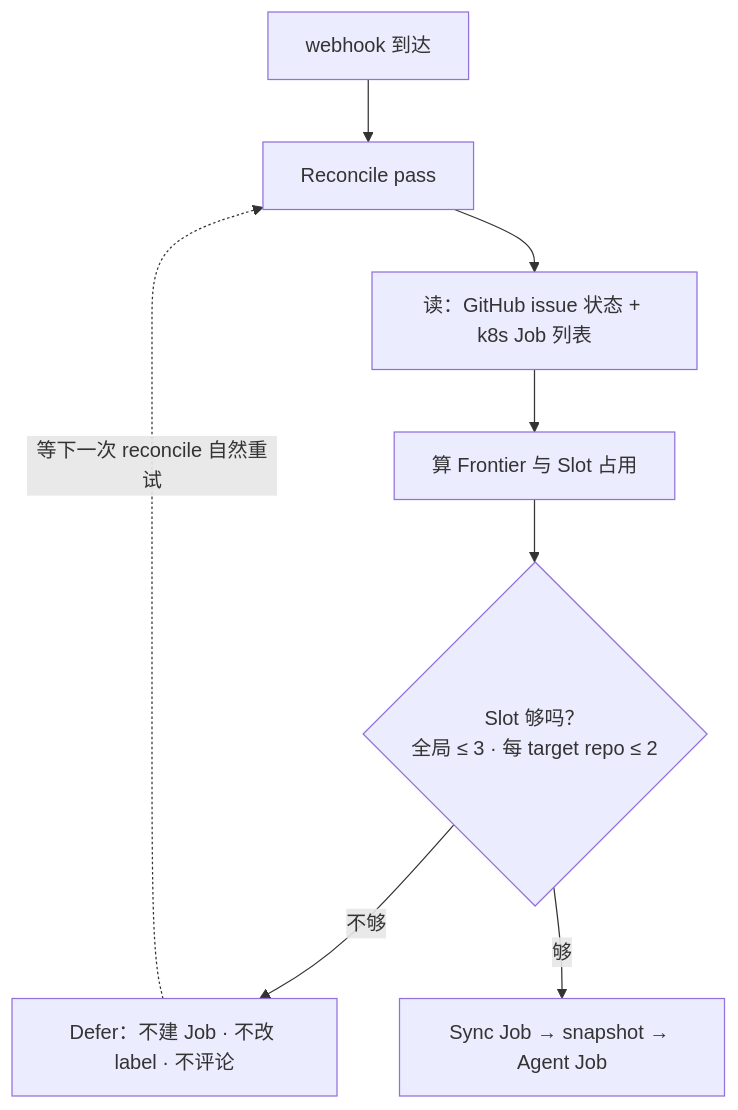
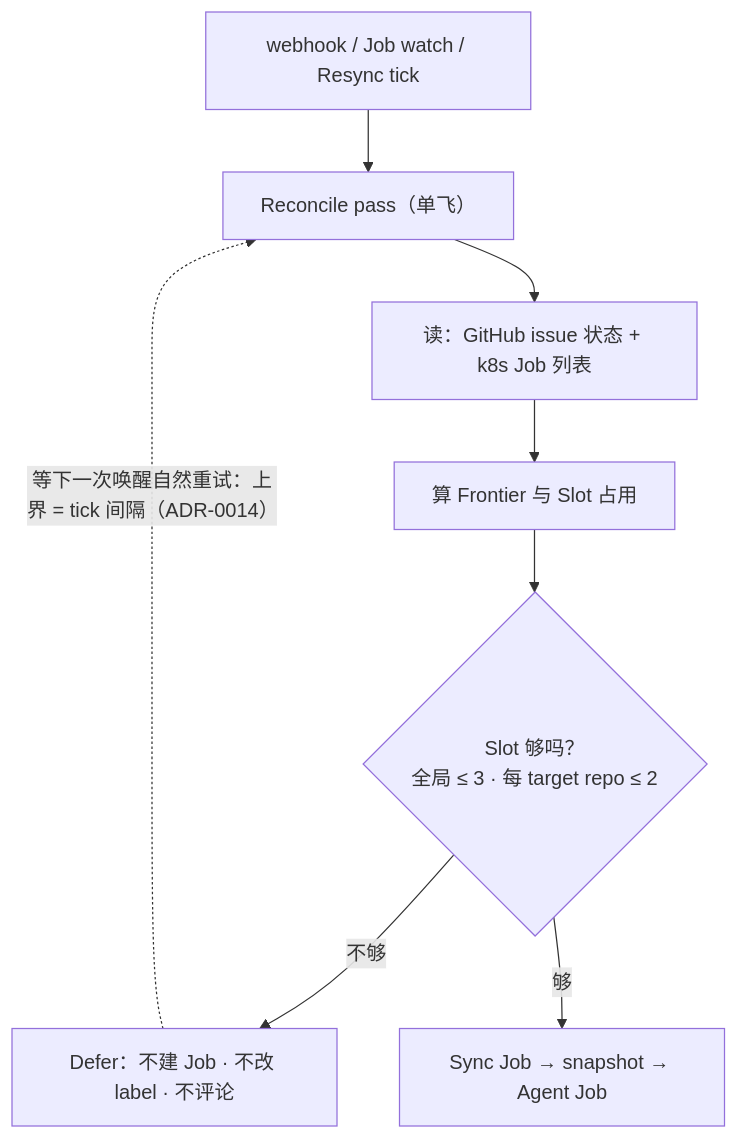
The sixth of 9 diagrams in docs/architecture.md (2017fighting/remote-agent), drawn with Mermaid before and after one commit. The commit also changed other lines of this file and 4 other files, not shown here.

Commit message:
docs: pin the wake surface — webhook / job watch / 5-min resync tick (ADR-0014) (#26)

````diff
--- a/docs/architecture.md
+++ b/docs/architecture.md
@@ -246,10 +248,10 @@
 ```mermaid
 flowchart TD
-    Trig["webhook 到达"] --> Recon["Reconcile pass"]
+    Trig["webhook / Job watch / Resync tick"] --> Recon["Reconcile pass（单飞）"]
     Recon --> Read["读：GitHub issue 状态 + k8s Job 列表"]
     Read --> Calc["算 Frontier 与 Slot 占用"]
     Calc --> Check{"Slot 够吗？<br/>全局 ≤ 3 · 每 target repo ≤ 2"}
     Check -->|"不够"| Defer["Defer：不建 Job · 不改 label · 不评论"]
     Check -->|"够"| Act["Sync Job → snapshot → Agent Job"]
-    Defer -.->|"等下一次 reconcile 自然重试"| Recon
+    Defer -.->|"等下一次唤醒自然重试：上界 = tick 间隔（ADR-0014）"| Recon
 ```
````
